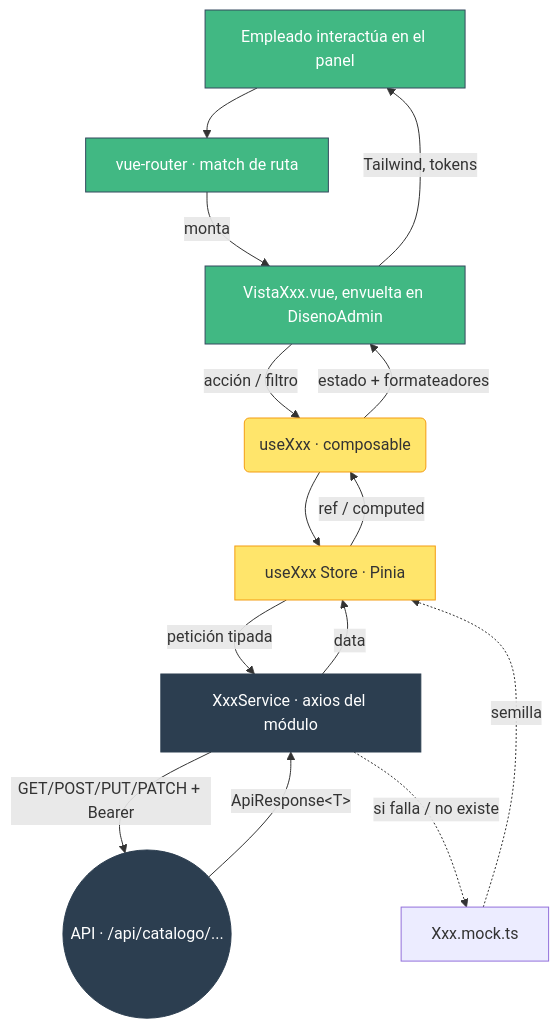
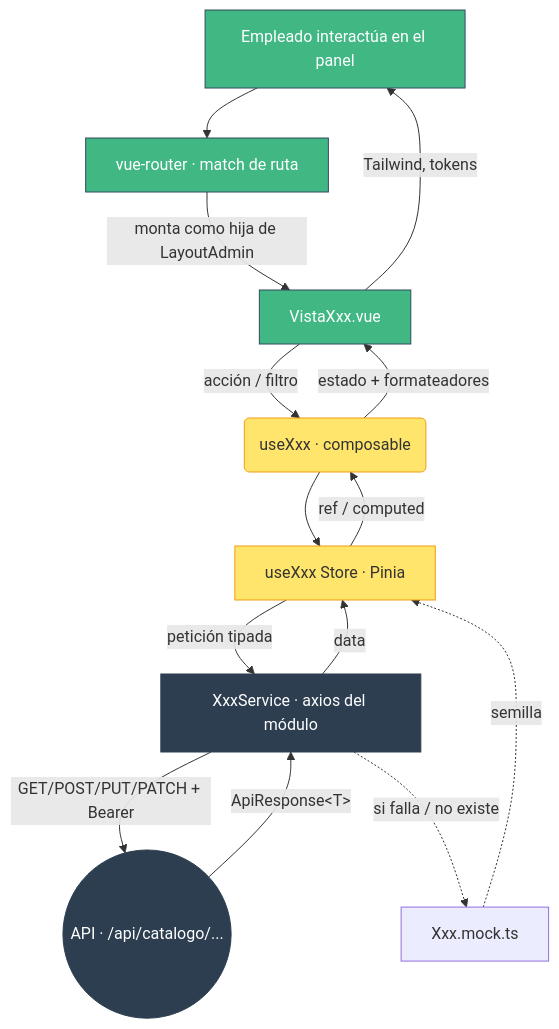
The second of 3 diagrams in frontend/src/modules/m01-dashboardcatalogo/ARQUITECTURA.md (pintuclic/pintuclic), drawn with Mermaid before and after one commit. The commit also changed other lines of this file and 115 other files, not shown here.

````diff
--- a/frontend/src/modules/m01-dashboardcatalogo/ARQUITECTURA.md
+++ b/frontend/src/modules/m01-dashboardcatalogo/ARQUITECTURA.md
@@ -100,27 +101,27 @@
 ```mermaid
 graph TD
     A[Empleado interactúa en el panel] --> S[vue-router · match de ruta]
-    S -->|monta| B[VistaXxx.vue, envuelta en DisenoAdmin]
+    S -->|monta como hija de LayoutAdmin| B[VistaXxx.vue]
     B -->|acción / filtro| C(useXxx · composable)
     C --> P[useXxx Store · Pinia]
     P -->|petición tipada| D[XxxService · axios del módulo]
     D -->|GET/POST/PUT/PATCH + Bearer| E((API · /api/catalogo/...))
     E -->|ApiResponse&lt;T&gt;| D
     D -->|data| P
     D -. si falla / no existe .-> M[Xxx.mock.ts]
     M -. semilla .-> P
     P -->|ref / computed| C
     C -->|estado + formateadores| B
     B -->|Tailwind, tokens| A
 
     classDef vue fill:#41b883,stroke:#35495e,color:#fff;
     classDef pinia fill:#ffe56b,stroke:#f39c12,color:#333;
     classDef backend fill:#2c3e50,stroke:#2c3e50,color:#fff;
     A:::vue
     S:::vue
     B:::vue
     C:::pinia
     P:::pinia
     D:::backend
     E:::backend
 ```
````
